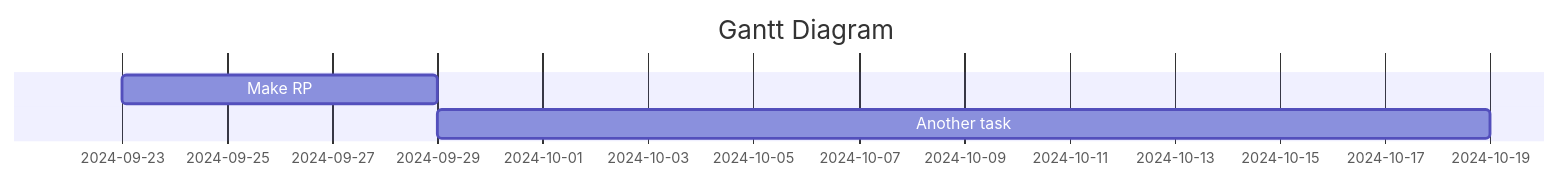
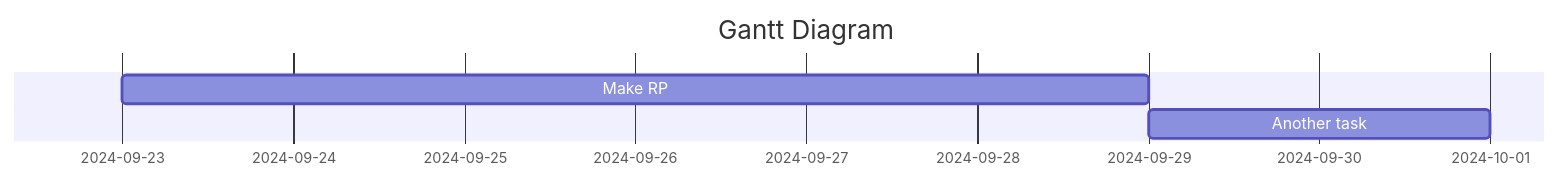
The diagram in all/代码甘特图.md (safwasd/iodraw-files), drawn with Mermaid before and after one commit.

Commit message:
2024-09-28 14:59:47 update

````diff
--- a/all/代码甘特图.md
+++ b/all/代码甘特图.md
@@ -1,10 +1,10 @@
 ```mermaid
 gantt
     title Gantt Diagram
     dateFormat  YYYY-MM-DD
     section  
     Make RP          :a1, 2024-09-23, 6d
-    Another task     :after a1  , 20d
+    Another task     :after a1  , 2d
     
             
 ```
````
